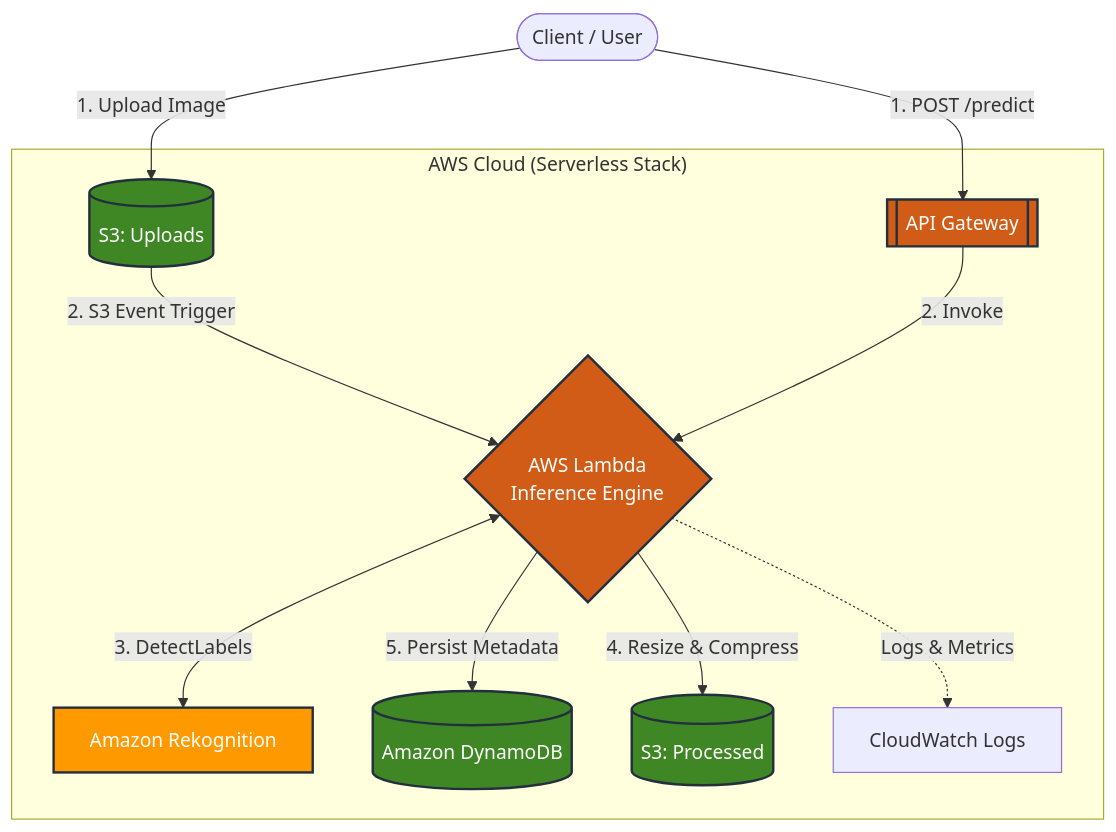
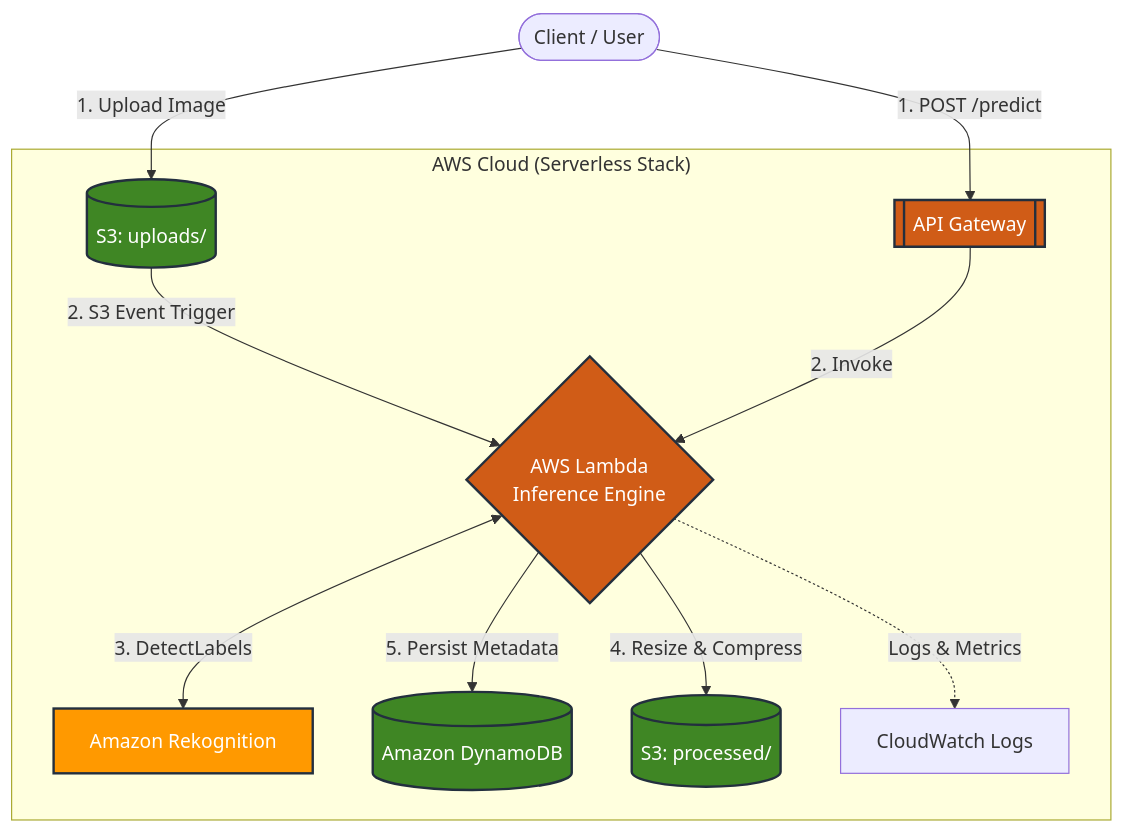
The diagram in README.md (CCao666/AWS_Severless_Image_Inference), drawn with Mermaid before and after one commit.

````diff
--- a/README.md
+++ b/README.md
@@ -19,46 +19,46 @@
 ```mermaid
 graph TD
     %% Nodes
     Client([Client / User])
     AGW[[API Gateway]]
     Lambda{AWS Lambda<br/>Inference Engine}
     Rek[Amazon Rekognition]
     DB[(Amazon DynamoDB)]
-    S3_Up[(S3: Uploads)]
-    S3_Proc[(S3: Processed)]
+    S3_Up[(S3: uploads/)]
+    S3_Proc[(S3: processed/)]
     CW[CloudWatch Logs]
 
     %% Styles
     classDef aws fill:#f90,stroke:#232F3E,stroke-width:2px,color:#fff;
     classDef storage fill:#3F8624,stroke:#232F3E,stroke-width:2px,color:#fff;
     classDef logic fill:#D05C17,stroke:#232F3E,stroke-width:2px,color:#fff;
     
     class AGW,Lambda logic;
     class S3_Up,S3_Proc,DB storage;
     class Rek aws;
 
     %% Async Path
     Client -->|1. Upload Image| S3_Up
     S3_Up -->|2. S3 Event Trigger| Lambda
 
     %% Sync Path
     Client -->|1. POST /predict| AGW
     AGW -->|2. Invoke| Lambda
 
     %% Internal Logic
     Lambda <-->|3. DetectLabels| Rek
     Lambda -->|4. Resize & Compress| S3_Proc
     Lambda -->|5. Persist Metadata| DB
     Lambda -.->|Logs & Metrics| CW
 
     %% Layout Arrangement
     subgraph "AWS Cloud (Serverless Stack)"
         AGW
         Lambda
         Rek
         S3_Up
         S3_Proc
         DB
         CW
     end
 ```
````
